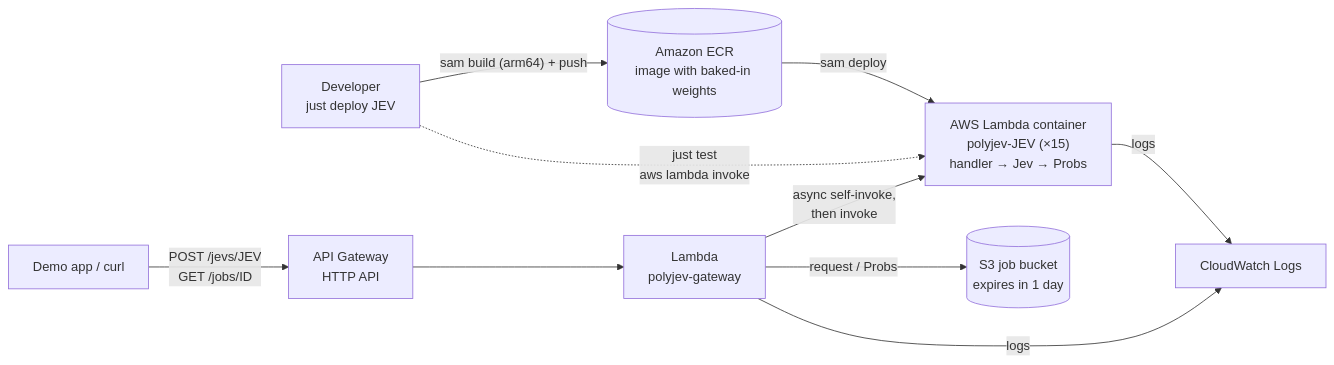
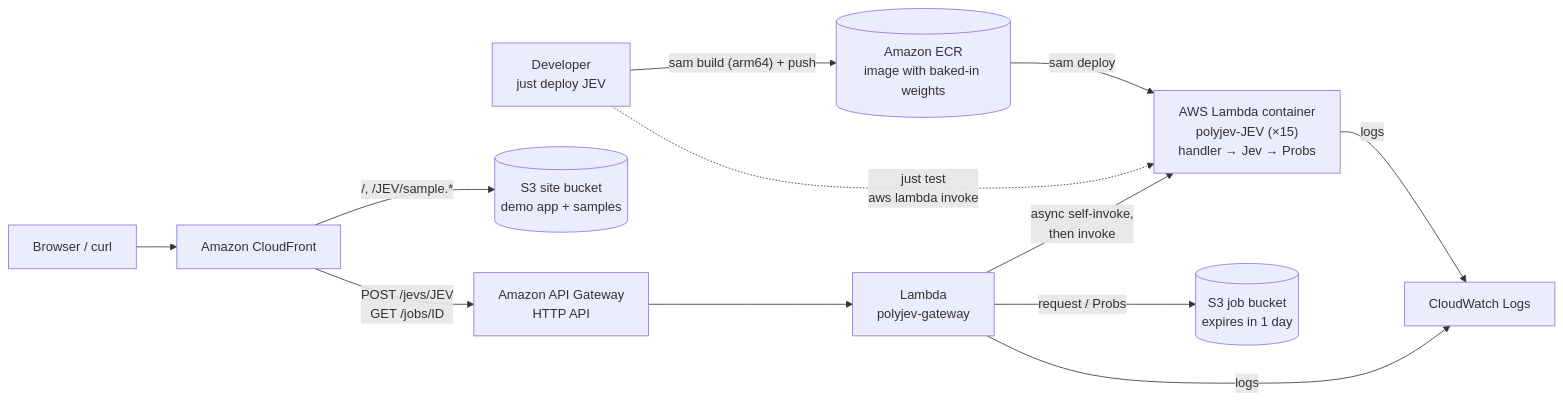
Before and after one commit to JGalego/PolyJev: the diagram in README.md, drawn with Mermaid. The commit also changed other lines of this file, not shown here.

First line of the commit message:
README: CloudFront-hosted demo app and x-polyjev-token

````diff
--- a/README.md
+++ b/README.md
@@ -79,12 +79,14 @@
 ```mermaid
 flowchart LR
     dev["Developer<br/>just deploy JEV"] -- "sam build (arm64) + push" --> ecr[("Amazon ECR<br/>image with baked-in weights")]
     ecr -- "sam deploy" --> fn["AWS Lambda container<br/>polyjev-JEV (×15)<br/>handler → Jev → Probs"]
     dev -. "just test<br/>aws lambda invoke" .-> fn
-    app["Demo app / curl"] -- "POST /jevs/JEV<br/>GET /jobs/ID" --> api["API Gateway<br/>HTTP API"]
+    user["Browser / curl"] --> cdn["Amazon CloudFront"]
+    cdn -- "/, /JEV/sample.*" --> site[("S3 site bucket<br/>demo app + samples")]
+    cdn -- "POST /jevs/JEV<br/>GET /jobs/ID" --> api["Amazon API Gateway<br/>HTTP API"]
     api --> router["Lambda<br/>polyjev-gateway"]
     router -- "request / Probs" --> s3[("S3 job bucket<br/>expires in 1 day")]
     router -- "async self-invoke,<br/>then invoke" --> fn
     fn -- "logs" --> cw["CloudWatch Logs"]
     router -- "logs" --> cw
 ```
````
